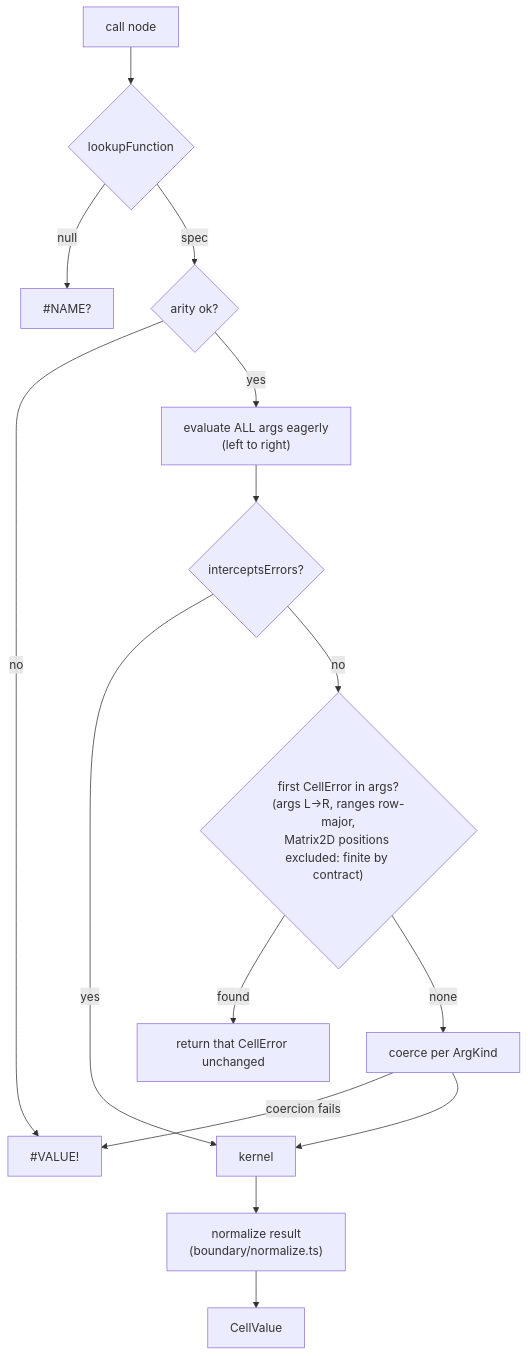
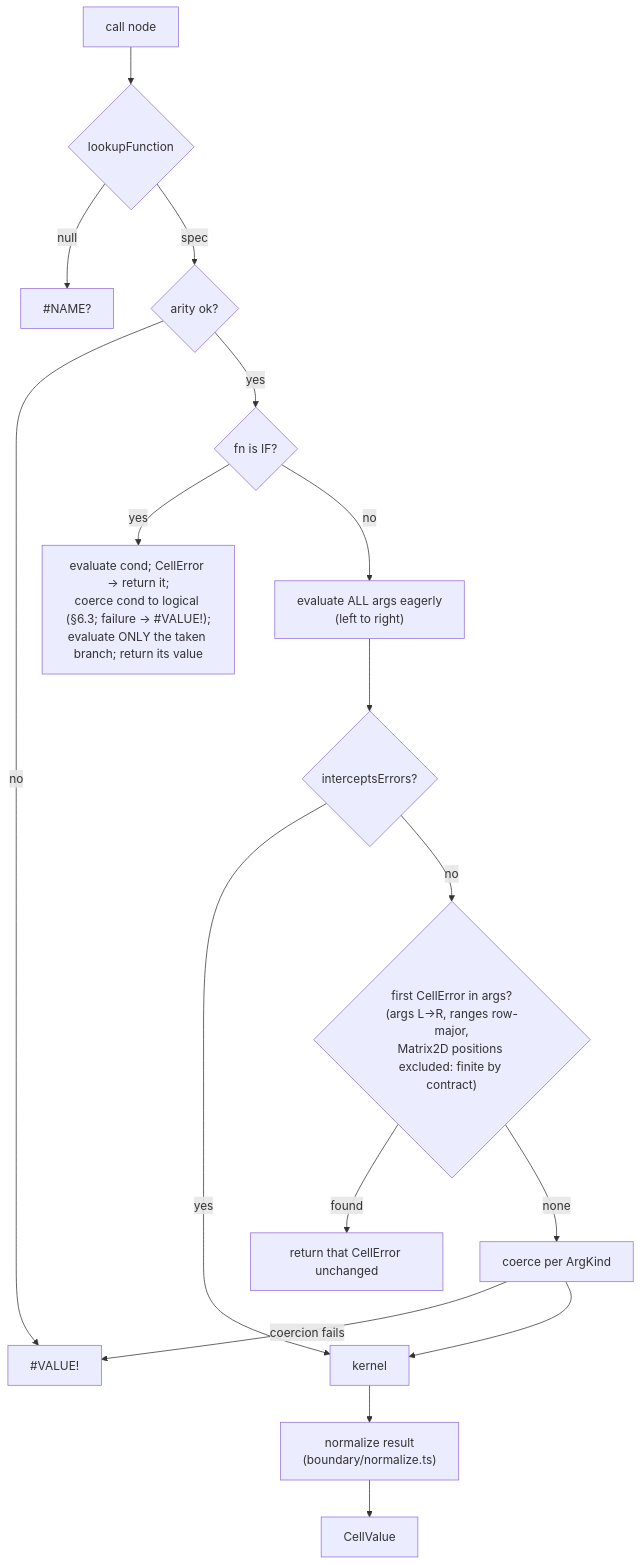
One commit to g4stein/SUTURE changed the second of 4 diagrams in .kiro/specs/01-cross-engine-dag/design.md. Above: the diagram before and after it, drawn with Mermaid. The commit also changed other lines of this file and 17 other files, not shown here.

````diff
--- a/.kiro/specs/01-cross-engine-dag/design.md
+++ b/.kiro/specs/01-cross-engine-dag/design.md
@@ -305,17 +305,19 @@
 ```mermaid
 flowchart TD
   A[call node] --> B{lookupFunction}
   B -- null --> N["#NAME?"]
   B -- spec --> C{arity ok?}
   C -- no --> V["#VALUE!"]
-  C -- yes --> D["evaluate ALL args eagerly<br/>(left to right)"]
+  C -- yes --> IFQ{fn is IF?}
+  IFQ -- yes --> IFC["evaluate cond; CellError → return it;<br/>coerce cond to logical (§6.3; failure → #VALUE!);<br/>evaluate ONLY the taken branch; return its value"]
+  IFQ -- no --> D["evaluate ALL args eagerly<br/>(left to right)"]
   D --> E{interceptsErrors?}
   E -- yes --> K[kernel]
   E -- no --> F{"first CellError in args?<br/>(args L→R, ranges row-major,<br/>Matrix2D positions excluded: finite by contract)"}
   F -- found --> P[return that CellError unchanged]
   F -- none --> G[coerce per ArgKind]
   G -- coercion fails --> V
   G --> K
   K --> H["normalize result<br/>(boundary/normalize.ts)"]
   H --> R[CellValue]
 ```
````
